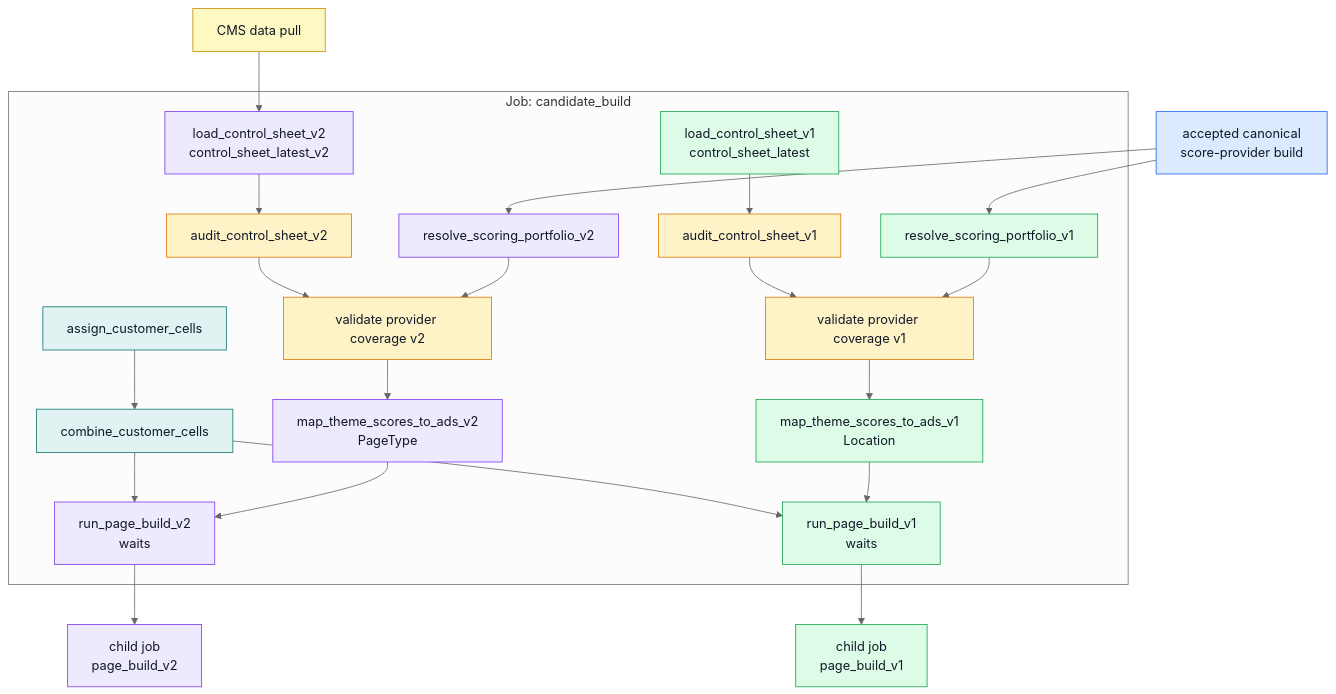
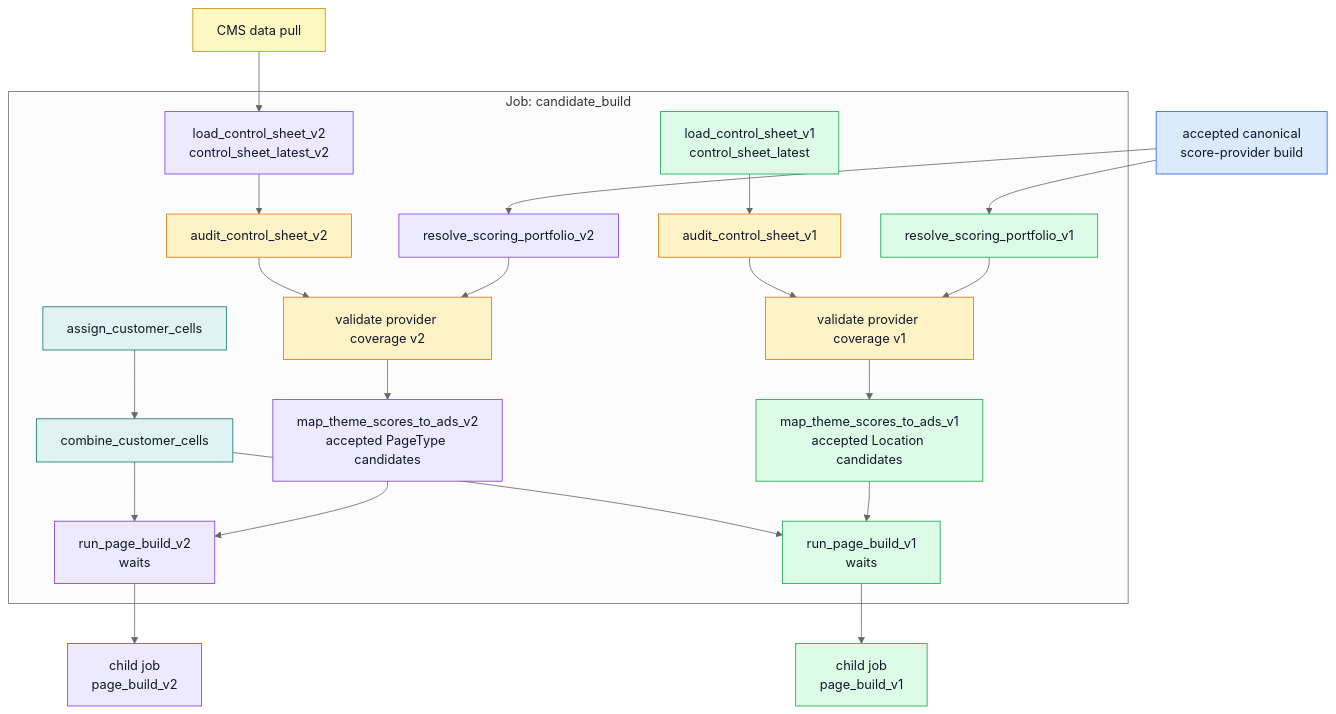
One commit to swblain-glyndwr/personal_project changed the second of 7 diagrams in docs/CICD/nextads_databricks_runtime_map.md. Above: the diagram before and after it, drawn with Mermaid (neutral theme). The commit also changed other lines of this file and 28 other files, not shown here.

````diff
--- a/docs/CICD/nextads_databricks_runtime_map.md
+++ b/docs/CICD/nextads_databricks_runtime_map.md
@@ -74,47 +74,47 @@
 ```mermaid
 flowchart TD
   classDef sharedModel fill:#dbeafe,stroke:#2563eb,color:#111827
   classDef sharedTask fill:#e0f2f1,stroke:#0f766e,color:#111827
   classDef v1 fill:#dcfce7,stroke:#16a34a,color:#111827
   classDef v2 fill:#ede9fe,stroke:#7c3aed,color:#111827
   classDef guardrail fill:#fef3c7,stroke:#d97706,color:#111827
   classDef external fill:#fef9c3,stroke:#ca8a04,color:#111827
 
   provider_build["accepted canonical<br/>score-provider build"]:::sharedModel
   cms_pull["CMS data pull"]:::external
 
   subgraph CANDIDATE_JOB["Job: candidate_build"]
     assign_customer_cells["assign_customer_cells"]:::sharedTask
     combine_customer_cells["combine_customer_cells"]:::sharedTask
     load_control_sheet_v1["load_control_sheet_v1<br/>control_sheet_latest"]:::v1
     audit_control_sheet_v1["audit_control_sheet_v1"]:::guardrail
     load_control_sheet_v2["load_control_sheet_v2<br/>control_sheet_latest_v2"]:::v2
     audit_control_sheet_v2["audit_control_sheet_v2"]:::guardrail
     select_provider_v1["resolve_scoring_portfolio_v1"]:::v1
     select_provider_v2["resolve_scoring_portfolio_v2"]:::v2
     validate_provider_coverage_v1["validate provider coverage v1"]:::guardrail
     validate_provider_coverage_v2["validate provider coverage v2"]:::guardrail
-    map_theme_scores_to_ads_v1["map_theme_scores_to_ads_v1<br/>Location"]:::v1
-    map_theme_scores_to_ads_v2["map_theme_scores_to_ads_v2<br/>PageType"]:::v2
+    map_theme_scores_to_ads_v1["map_theme_scores_to_ads_v1<br/>accepted Location candidates"]:::v1
+    map_theme_scores_to_ads_v2["map_theme_scores_to_ads_v2<br/>accepted PageType candidates"]:::v2
     run_page_build_v1["run_page_build_v1<br/>waits"]:::v1
     run_page_build_v2["run_page_build_v2<br/>waits"]:::v2
   end
 
   assign_customer_cells --> combine_customer_cells
   load_control_sheet_v1 --> audit_control_sheet_v1
   cms_pull --> load_control_sheet_v2 --> audit_control_sheet_v2
   provider_build --> select_provider_v1
   provider_build --> select_provider_v2
   audit_control_sheet_v1 --> validate_provider_coverage_v1
   select_provider_v1 --> validate_provider_coverage_v1
   audit_control_sheet_v2 --> validate_provider_coverage_v2
   select_provider_v2 --> validate_provider_coverage_v2
   validate_provider_coverage_v1 --> map_theme_scores_to_ads_v1
   validate_provider_coverage_v2 --> map_theme_scores_to_ads_v2
   combine_customer_cells --> run_page_build_v1
   map_theme_scores_to_ads_v1 --> run_page_build_v1
   combine_customer_cells --> run_page_build_v2
   map_theme_scores_to_ads_v2 --> run_page_build_v2
   run_page_build_v1 --> page_build["child job<br/>page_build_v1"]:::v1
   run_page_build_v2 --> page_build_v2["child job<br/>page_build_v2"]:::v2
 ```
````
